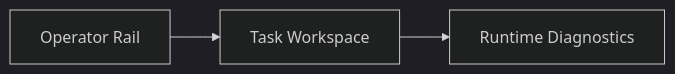
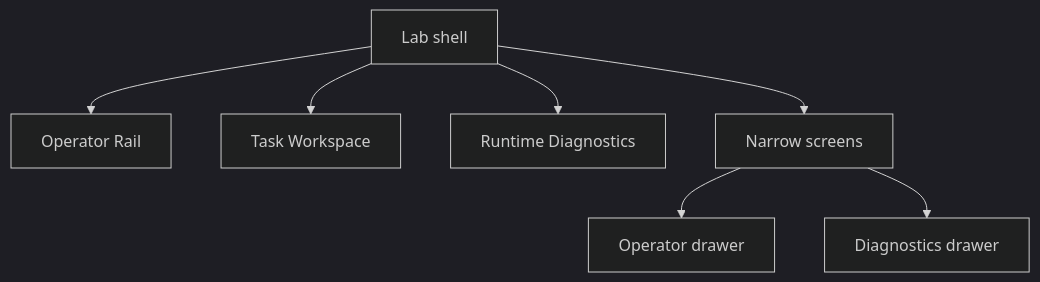
One commit to eliasfeijo/saas-reliability-lab changed the diagram in docs/README.md. Above: the diagram before and after it, drawn with Mermaid (dark theme). The commit also changed 4 other files, not shown here.

Commit message:
docs: improve architecture and workflow diagrams

````diff
--- a/docs/README.md
+++ b/docs/README.md
@@ -44,9 +44,10 @@
 ```mermaid
-flowchart LR
-    Left[Operator Rail]
-    Center[Task Workspace]
-    Right[Runtime Diagnostics]
-
-    Left --> Center
-    Center --> Right
+flowchart TD
+    Shell["Lab shell"]
+    Shell --> Left["Operator Rail"]
+    Shell --> Center["Task Workspace"]
+    Shell --> Right["Runtime Diagnostics"]
+    Shell --> Narrow["Narrow screens"]
+    Narrow --> LeftDrawer["Operator drawer"]
+    Narrow --> RightDrawer["Diagnostics drawer"]
 ```
````
